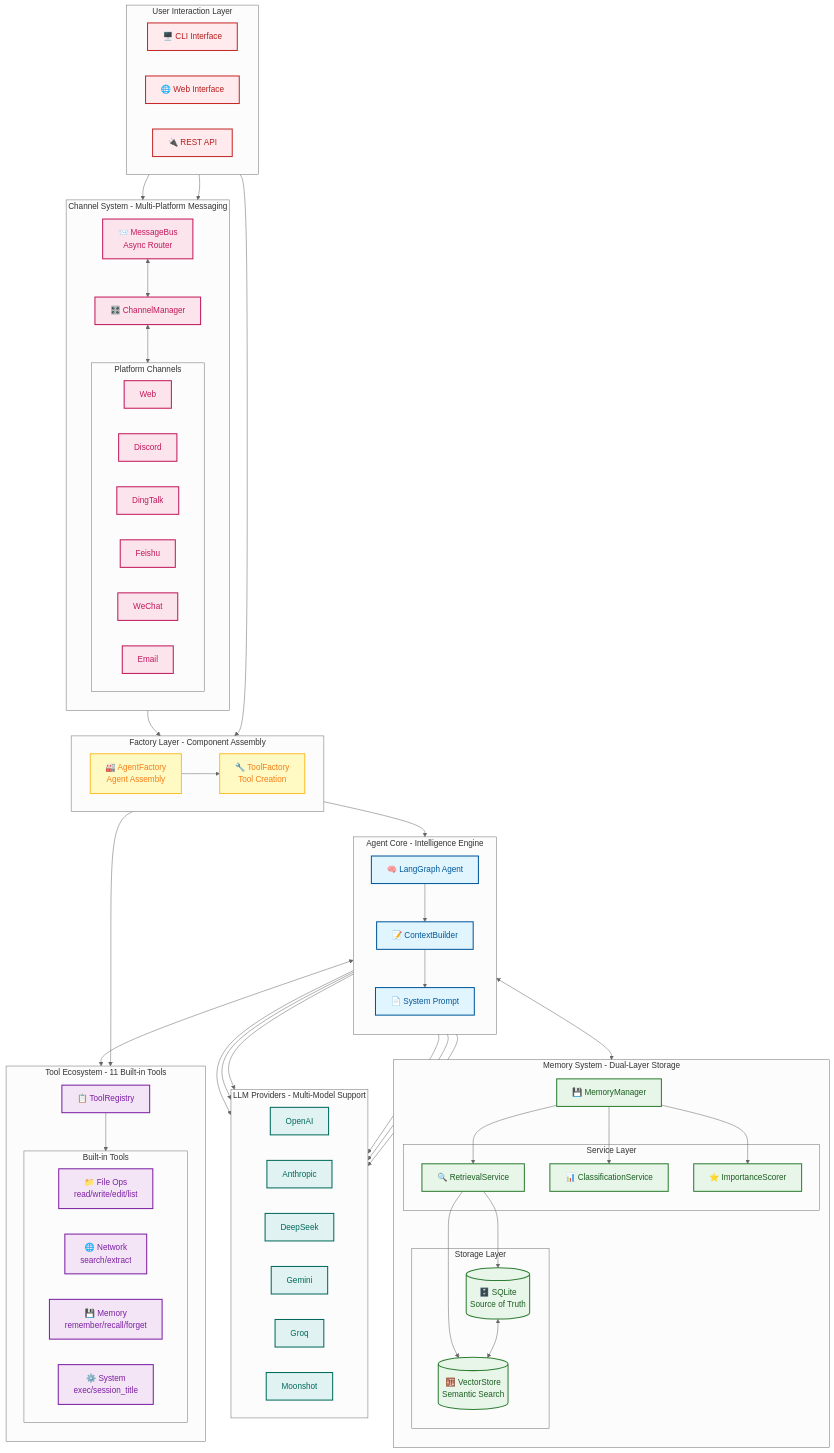
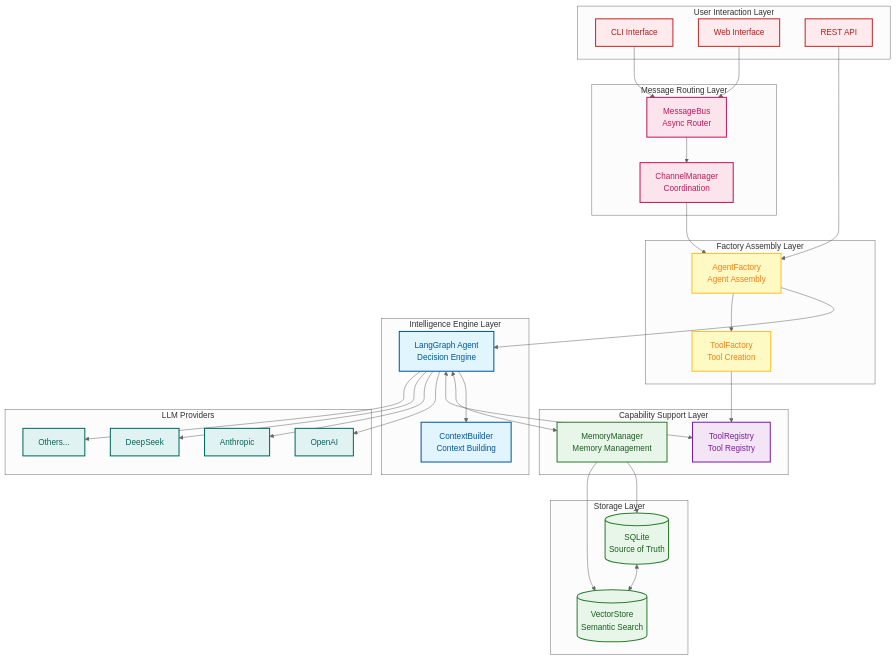
Before and after one commit to xt765/FinchBot: the first of 10 diagrams in docs/en-US/architecture.md, drawn with Mermaid (neutral theme). The commit also changed other lines of this file and 18 other files, not shown here.

First line of the commit message:
docs: 简化架构图并删除所有mermaid图中的表情包

````diff
--- a/docs/en-US/architecture.md
+++ b/docs/en-US/architecture.md
@@ -26,125 +26,71 @@
 ```mermaid
-graph TD
-    %% Style Definitions
+graph TB
     classDef userLayer fill:#ffebee,stroke:#c62828,stroke-width:2px,color:#b71c1c;
+    classDef channelLayer fill:#fce4ec,stroke:#c2185b,stroke-width:2px,color:#c2185b;
     classDef factoryLayer fill:#fff9c4,stroke:#fbc02d,stroke-width:2px,color:#f57f17;
     classDef coreLayer fill:#e1f5fe,stroke:#01579b,stroke-width:2px,color:#01579b;
     classDef memoryLayer fill:#e8f5e9,stroke:#2e7d32,stroke-width:2px,color:#1b5e20;
     classDef toolLayer fill:#f3e5f5,stroke:#7b1fa2,stroke-width:2px,color:#7b1fa2;
-    classDef channelLayer fill:#fce4ec,stroke:#c2185b,stroke-width:2px,color:#c2185b;
     classDef infraLayer fill:#e0f2f1,stroke:#00695c,stroke-width:2px,color:#00695c;
 
-    %% User Interaction Layer
-    subgraph UserLayer [User Interaction Layer]
-        direction LR
-        CLI[🖥️ CLI Interface]
-        WebUI[🌐 Web Interface]
-        API[🔌 REST API]
+    subgraph Layer1 [User Interaction Layer]
+        CLI[CLI Interface]:::userLayer
+        WebUI[Web Interface]:::userLayer
+        API[REST API]:::userLayer
     end
-    class CLI,WebUI,API userLayer
 
-    %% Channel System
-    subgraph ChannelSystem [Channel System - Multi-Platform Messaging]
-        direction TB
-        Bus[📨 MessageBus<br/>Async Router]
-        CM[🎛️ ChannelManager]
-        
-        Bus <--> CM
-        
-        subgraph Channels [Platform Channels]
-            WebCh[Web]
-            DiscordCh[Discord]
-            DingTalkCh[DingTalk]
-            FeishuCh[Feishu]
-            WeChatCh[WeChat]
-            EmailCh[Email]
-        end
-        
-        CM <--> Channels
+    subgraph Layer2 [Message Routing Layer]
+        Bus[MessageBus<br/>Async Router]:::channelLayer
+        CM[ChannelManager<br/>Coordination]:::channelLayer
     end
-    class Bus,CM channelLayer
-    class WebCh,DiscordCh,DingTalkCh,FeishuCh,WeChatCh,EmailCh channelLayer
 
-    %% Factory Layer
-    subgraph FactoryLayer [Factory Layer - Component Assembly]
-        direction LR
-        AF[🏭 AgentFactory<br/>Agent Assembly]
-        TF[🔧 ToolFactory<br/>Tool Creation]
+    subgraph Layer3 [Factory Assembly Layer]
+        AF[AgentFactory<br/>Agent Assembly]:::factoryLayer
+        TF[ToolFactory<br/>Tool Creation]:::factoryLayer
     end
-    class AF,TF factoryLayer
 
-    %% Agent Core
-    subgraph AgentCore [Agent Core - Intelligence Engine]
-        direction TB
-        Agent[🧠 LangGraph Agent]
-        CB[📝 ContextBuilder]
-        SP[📄 System Prompt]
-        
-        Agent --> CB
-        CB --> SP
+    subgraph Layer4 [Intelligence Engine Layer]
+        Agent[LangGraph Agent<br/>Decision Engine]:::coreLayer
+        CB[ContextBuilder<br/>Context Building]:::coreLayer
     end
-    class Agent,CB,SP coreLayer
 
-    %% Memory System
-    subgraph MemorySystem [Memory System - Dual-Layer Storage]
-        direction TB
-        MM[💾 MemoryManager]
-        
-        subgraph Services [Service Layer]
-            RS[🔍 RetrievalService]
-            CS[📊 ClassificationService]
-            IS[⭐ ImportanceScorer]
-        end
-        
-        subgraph Storage [Storage Layer]
-            SQLite[(🗄️ SQLite<br/>Source of Truth)]
-            Vector[(🧮 VectorStore<br/>Semantic Search)]
-        end
-        
-        MM --> RS & CS & IS
-        RS --> SQLite & Vector
-        SQLite <--> Vector
+    subgraph Layer5 [Capability Support Layer]
+        MM[MemoryManager<br/>Memory Management]:::memoryLayer
+        TR[ToolRegistry<br/>Tool Registry]:::toolLayer
     end
-    class MM,RS,CS,IS,SQLite,Vector memoryLayer
 
-    %% Tool Ecosystem
-    subgraph ToolEcosystem [Tool Ecosystem - 11 Built-in Tools]
-        direction TB
-        TR[📋 ToolRegistry]
-        
-        subgraph BuiltInTools [Built-in Tools]
-            FileTools[📁 File Ops<br/>read/write/edit/list]
-            WebTools[🌐 Network<br/>search/extract]
-            MemTools[💾 Memory<br/>remember/recall/forget]
-            SysTools[⚙️ System<br/>exec/session_title]
-        end
-        
-        TR --> BuiltInTools
+    subgraph Layer6 [Storage Layer]
+        SQLite[(SQLite<br/>Source of Truth)]:::memoryLayer
+        Vector[(VectorStore<br/>Semantic Search)]:::memoryLayer
     end
-    class TR,FileTools,WebTools,MemTools,SysTools toolLayer
 
-    %% LLM Providers
-    subgraph LLMProviders [LLM Providers - Multi-Model Support]
-        direction LR
-        OpenAI[OpenAI]
-        Anthropic[Anthropic]
-        DeepSeek[DeepSeek]
-        Gemini[Gemini]
-        Groq[Groq]
-        Moonshot[Moonshot]
+    subgraph Layer7 [LLM Providers]
+        OpenAI[OpenAI]:::infraLayer
+        Anthropic[Anthropic]:::infraLayer
+        DeepSeek[DeepSeek]:::infraLayer
+        Others[Others...]:::infraLayer
     end
-    class OpenAI,Anthropic,DeepSeek,Gemini,Groq,Moonshot infraLayer
 
-    %% Connections
-    CLI & WebUI --> Bus
+    CLI --> Bus
+    WebUI --> Bus
     API --> AF
     
-    Bus --> AF
+    Bus --> CM
+    CM --> AF
+    
     AF --> Agent
     AF --> TF
     TF --> TR
     
+    Agent --> CB
     Agent <--> MM
     Agent <--> TR
-    Agent --> OpenAI & Anthropic & DeepSeek & Gemini & Groq & Moonshot
+    Agent --> OpenAI
+    Agent --> Anthropic
+    Agent --> DeepSeek
+    Agent --> Others
+    
+    MM --> SQLite
+    MM --> Vector
+    SQLite <--> Vector
 ```
````
